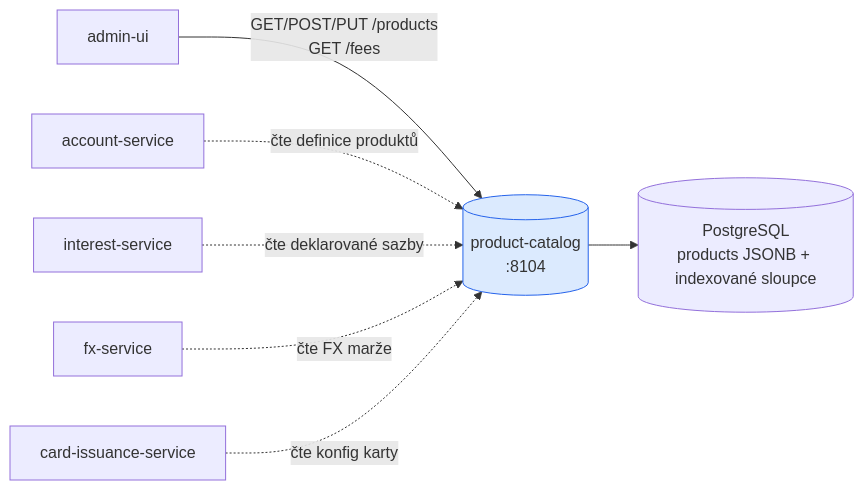
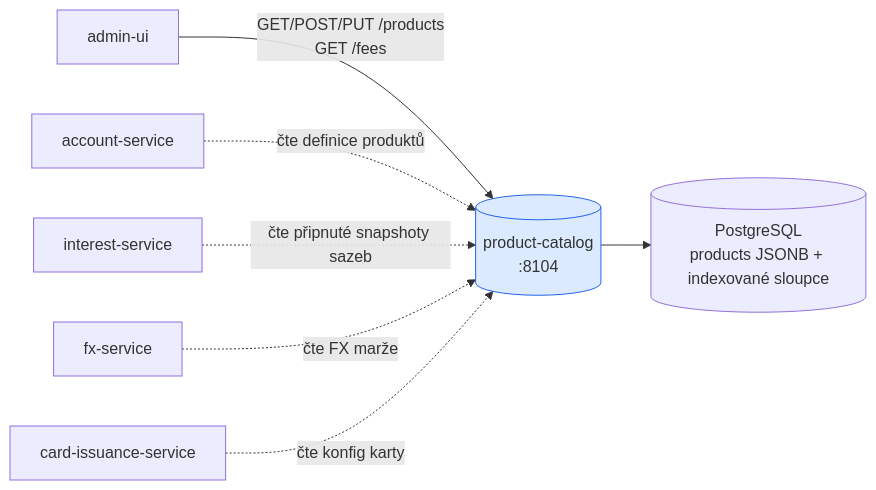
One commit to JiRaska/open-bank-oss changed the first of 2 diagrams in openbank-product-catalog/src/main/resources/docs/02-architecture.cs.md. Above: the diagram before and after it, drawn with Mermaid. The commit also changed other lines of this file and 4 other files, not shown here.

````diff
--- a/openbank-product-catalog/src/main/resources/docs/02-architecture.cs.md
+++ b/openbank-product-catalog/src/main/resources/docs/02-architecture.cs.md
@@ -5,21 +5,21 @@
 ```mermaid
 graph LR
   admin[admin-ui]
   acc[account-service]
   intr[interest-service]
   fx[fx-service]
   card[card-issuance-service]
 
   pc[(product-catalog<br/>:8104)]:::svc
   store[(PostgreSQL<br/>products JSONB + indexované sloupce)]
 
   admin -- "GET/POST/PUT /products<br/>GET /fees" --> pc
   acc -. "čte definice produktů" .-> pc
-  intr -. "čte deklarované sazby" .-> pc
+  intr -. "čte připnuté snapshoty sazeb" .-> pc
   fx -. "čte FX marže" .-> pc
   card -. "čte konfig karty" .-> pc
 
   pc --> store
 
   classDef svc fill:#dbeafe,stroke:#2563eb
 ```
````
